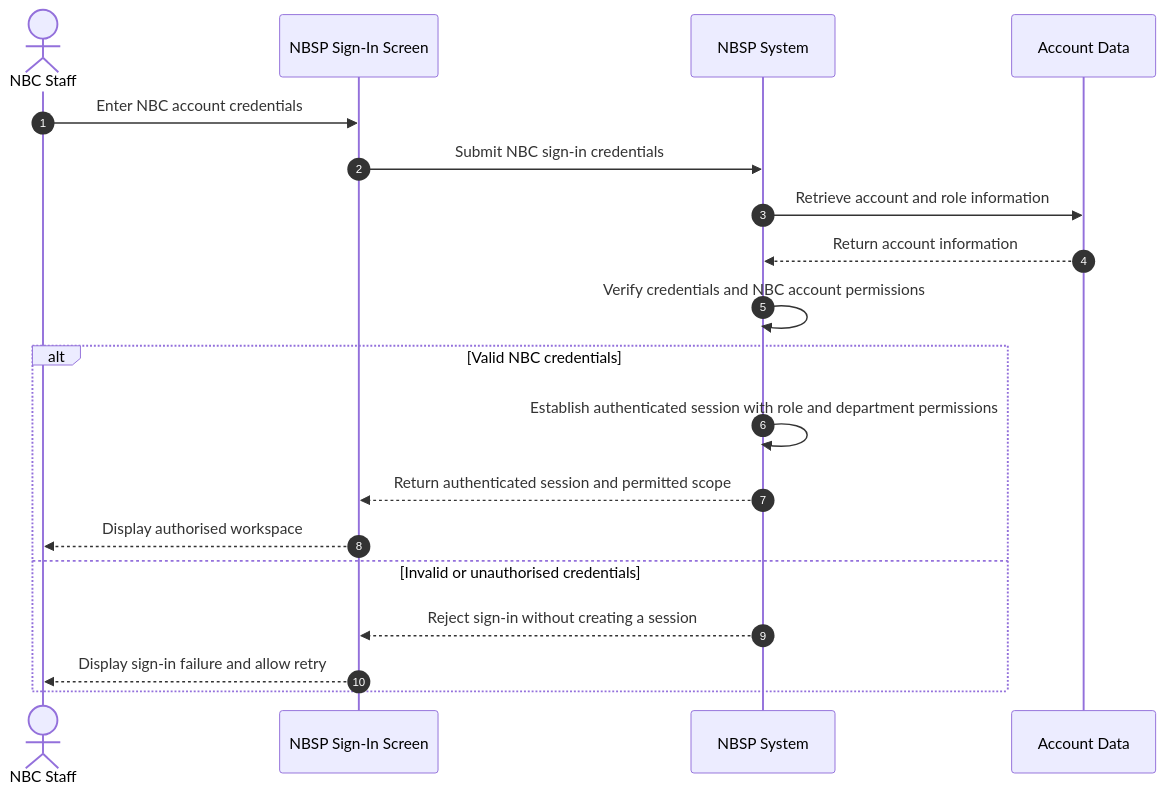
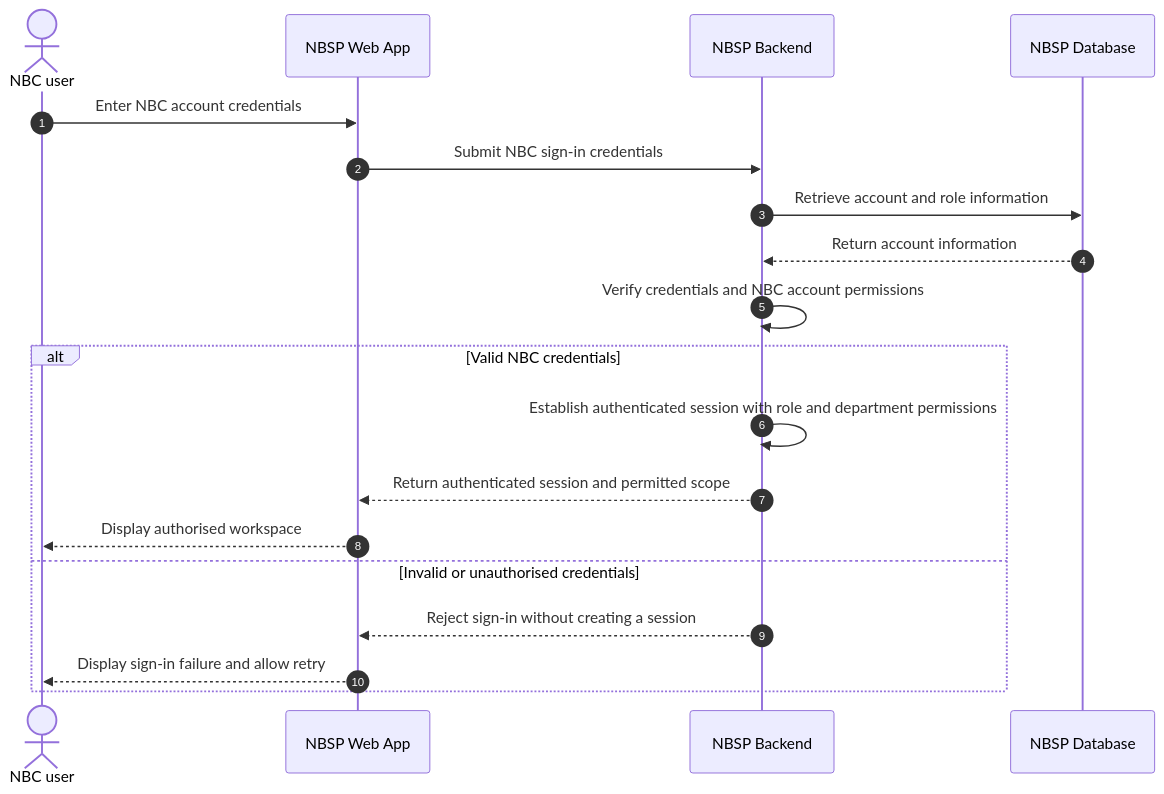
The diagram in use-case/SD-UC-12.md (Nhan2772/DBIZ2-GROUPC-NationalBloodSupplyPlatform), drawn with Mermaid before and after one commit. The commit also changed other lines of this file, not shown here.

````diff
--- a/use-case/SD-UC-12.md
+++ b/use-case/SD-UC-12.md
@@ -15,23 +15,23 @@
 ```mermaid
 sequenceDiagram
     autonumber
-    actor NBC as NBC Staff
-    participant Portal as NBSP Sign-In Screen
-    participant NBSP as NBSP System
-    participant DB as Account Data
+    actor NBC as NBC user
+    participant Portal as NBSP Web App
+    participant NBSP as NBSP Backend
+    participant DB as NBSP Database
 
     NBC->>Portal: Enter NBC account credentials
     Portal->>NBSP: Submit NBC sign-in credentials
     NBSP->>DB: Retrieve account and role information
     DB-->>NBSP: Return account information
     NBSP->>NBSP: Verify credentials and NBC account permissions
 
     alt Valid NBC credentials
         NBSP->>NBSP: Establish authenticated session with role and department permissions
         NBSP-->>Portal: Return authenticated session and permitted scope
         Portal-->>NBC: Display authorised workspace
     else Invalid or unauthorised credentials
         NBSP-->>Portal: Reject sign-in without creating a session
         Portal-->>NBC: Display sign-in failure and allow retry
     end
 ```
````
